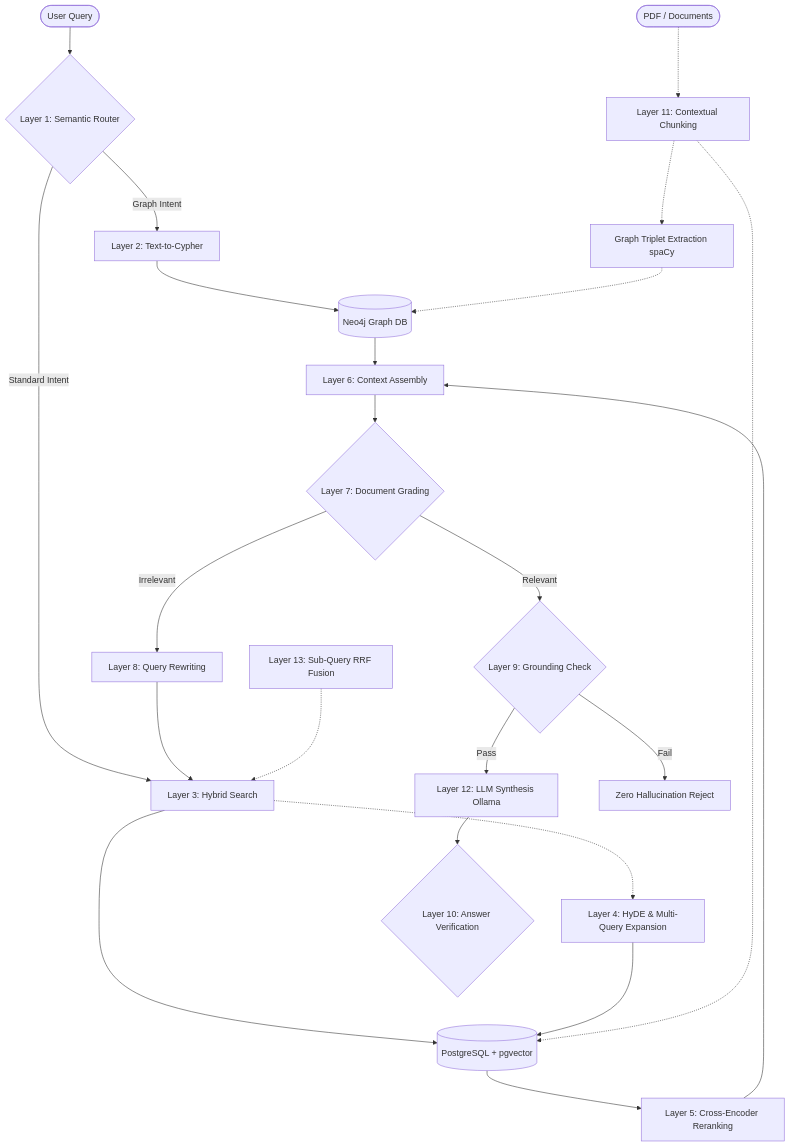
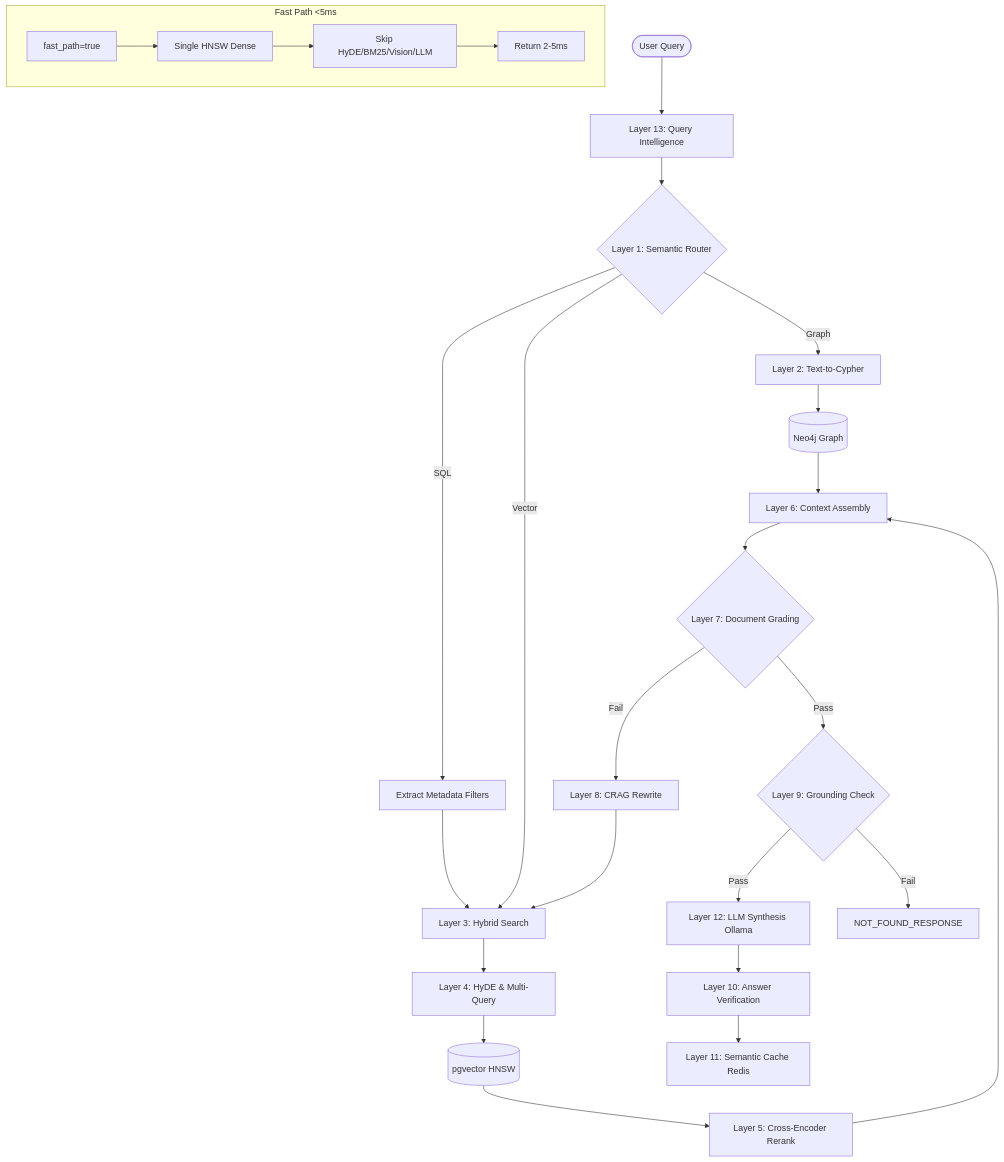
Before and after one commit to varunsrivastav1999/Retrieval-Augmented-Generation--RAG-: the diagram in README.md, drawn with Mermaid. The commit also changed other lines of this file and 23 other files, not shown here.

````diff
--- a/README.md
+++ b/README.md
@@ -26,42 +20,35 @@
 ```mermaid
 graph TD
-    User([User Query]) --> L1{Layer 1: Semantic Router}
-    
-    %% Routing
-    L1 -- Graph Intent --> L2[Layer 2: Text-to-Cypher]
-    L1 -- Standard Intent --> L3[Layer 3: Hybrid Search]
-    
-    %% Graph Path
-    L2 --> N4[(Neo4j Graph DB)]
-    N4 --> L6[Layer 6: Context Assembly]
-    
-    %% Vector Path
-    L3 --> V4[(PostgreSQL + pgvector)]
-    L3 -.-> L4[Layer 4: HyDE & Multi-Query Expansion]
-    L4 --> V4
-    
-    %% Post-Retrieval
-    V4 --> L5[Layer 5: Cross-Encoder Reranking]
-    L5 --> L6
-    
-    %% CRAG & Grounding
-    L6 --> L7{Layer 7: Document Grading}
-    L7 -- Relevant --> L9{Layer 9: Grounding Check}
-    L7 -- Irrelevant --> L8[Layer 8: Query Rewriting]
-    L8 --> L3
-    
-    %% Generation
-    L9 -- Pass --> L12[Layer 12: LLM Synthesis Ollama]
-    L9 -- Fail --> Reject[Zero Hallucination Reject]
-    
-    L12 --> L10{Layer 10: Answer Verification}
-    
-    %% Knowledge Graph Ingestion
-    Doc([PDF / Documents]) -.-> Ingest1[Layer 11: Contextual Chunking]
-    Ingest1 -.-> Ingest2[Graph Triplet Extraction spaCy]
-    Ingest2 -.-> N4
-    Ingest1 -.-> V4
+    User([User Query]) --> R13[Layer 13: Query Intelligence]
+    R13 --> R1{Layer 1: Semantic Router}
 
-    %% Extension
-    L13[Layer 13: Sub-Query RRF Fusion] -.-> L3
+    R1 -- Graph --> R2[Layer 2: Text-to-Cypher]
+    R2 --> Neo4j[(Neo4j Graph)]
+    Neo4j --> R6[Layer 6: Context Assembly]
+
+    R1 -- SQL --> SF[Extract Metadata Filters]
+    SF --> R3
+
+    R1 -- Vector --> R3[Layer 3: Hybrid Search]
+    R3 --> R4[Layer 4: HyDE & Multi-Query]
+    R4 --> PGV[(pgvector HNSW)]
+    PGV --> R5[Layer 5: Cross-Encoder Rerank]
+    R5 --> R6
+
+    R6 --> R7{Layer 7: Document Grading}
+    R7 -- Pass --> R9{Layer 9: Grounding Check}
+    R7 -- Fail --> R8[Layer 8: CRAG Rewrite]
+    R8 --> R3
+
+    R9 -- Pass --> R12[Layer 12: LLM Synthesis Ollama]
+    R9 -- Fail --> HALT[NOT_FOUND_RESPONSE]
+
+    R12 --> R10[Layer 10: Answer Verification]
+    R10 --> Cache[Layer 11: Semantic Cache Redis]
+
+    subgraph FastPath [Fast Path &lt;5ms]
+        FP[fast_path=true] --> FPS[Single HNSW Dense]
+        FPS --> FPG[Skip HyDE/BM25/Vision/LLM]
+        FPG --> FPR[Return 2-5ms]
+    end
 ```
````
